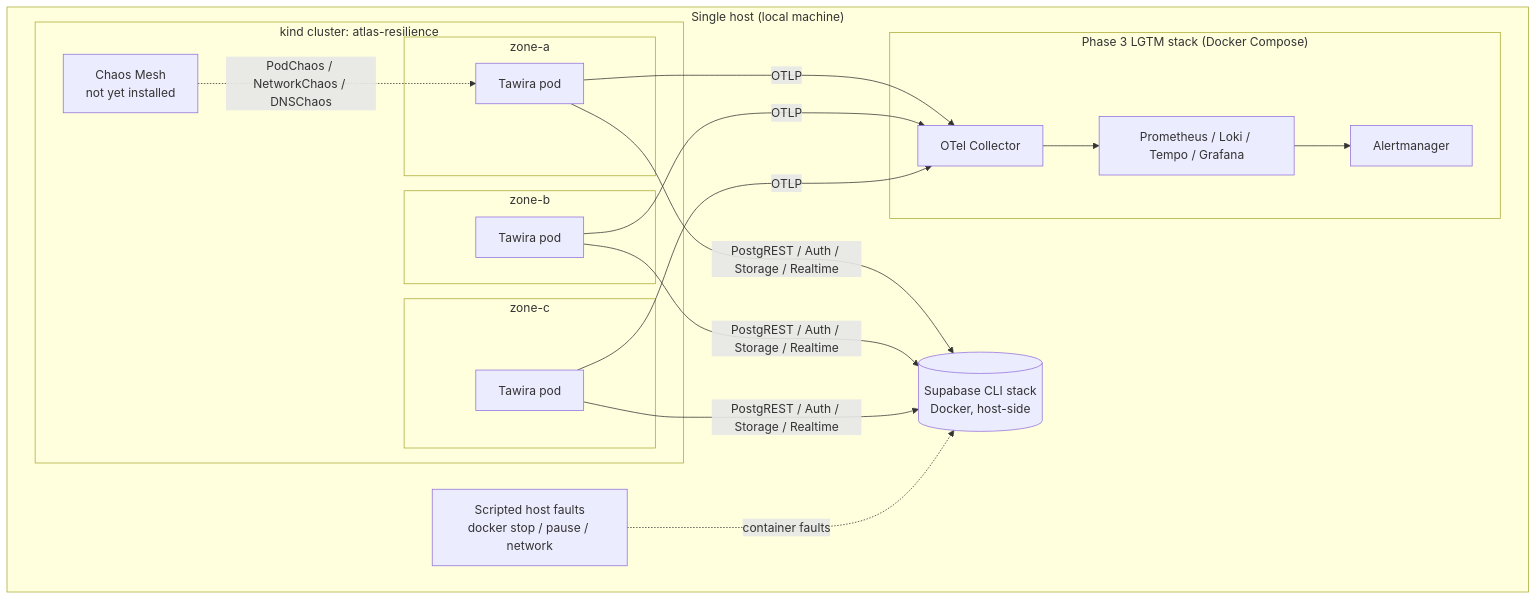
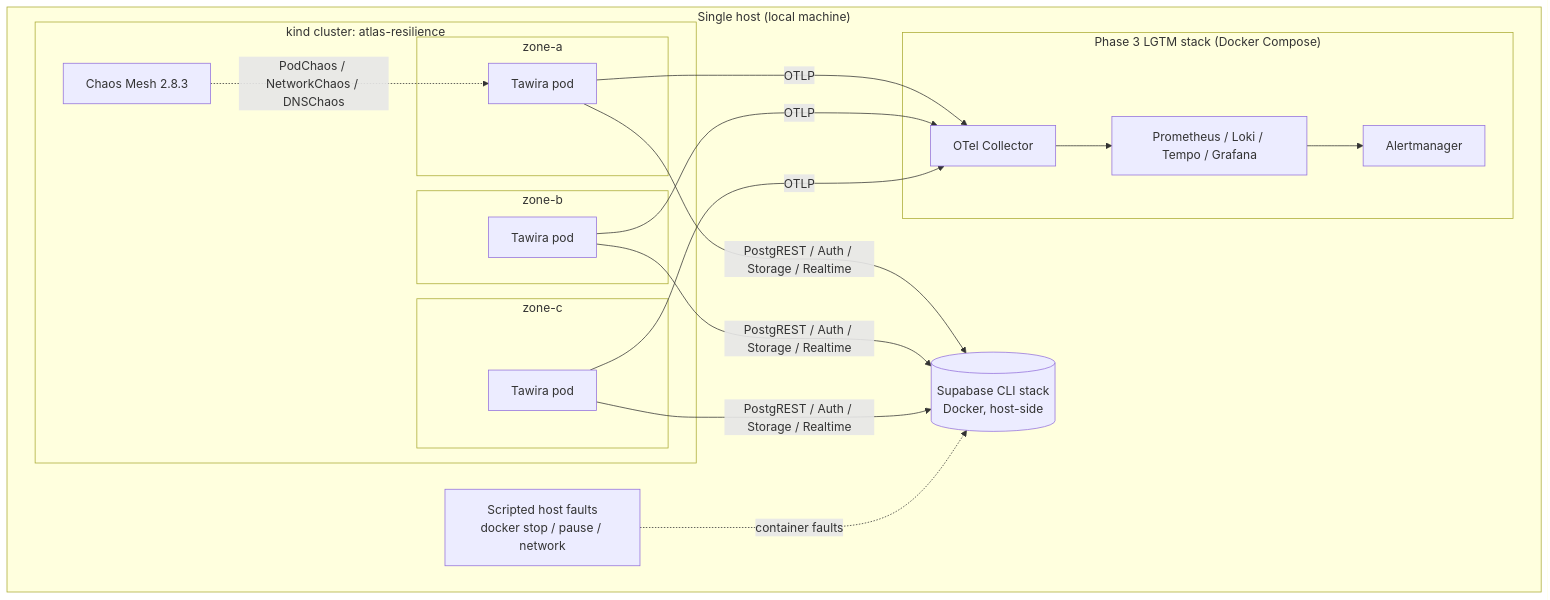
One commit to spacecode-art/atlas-resilience changed the diagram in README.md. Above: the diagram before and after it, drawn with Mermaid. The commit also changed other lines of this file and 297 other files, not shown here.

````diff
--- a/README.md
+++ b/README.md
@@ -81,37 +91,37 @@
 ```mermaid
 graph TB
     subgraph "Single host (local machine)"
         subgraph "kind cluster: atlas-resilience"
             subgraph "zone-a"
                 P1[Tawira pod]
             end
             subgraph "zone-b"
                 P2[Tawira pod]
             end
             subgraph "zone-c"
                 P3[Tawira pod]
             end
-            CM[Chaos Mesh<br/>not yet installed]
+            CM[Chaos Mesh 2.8.3]
         end
 
         SB[(Supabase CLI stack<br/>Docker, host-side)]
         SCRIPTS[Scripted host faults<br/>docker stop / pause / network]
 
         subgraph "Phase 3 LGTM stack (Docker Compose)"
             COL[OTel Collector]
             GRAF[Prometheus / Loki / Tempo / Grafana]
             AM[Alertmanager]
             COL --> GRAF
             GRAF --> AM
         end
     end
 
     P1 -->|PostgREST / Auth / Storage / Realtime| SB
     P2 -->|PostgREST / Auth / Storage / Realtime| SB
     P3 -->|PostgREST / Auth / Storage / Realtime| SB
     P1 -->|OTLP| COL
     P2 -->|OTLP| COL
     P3 -->|OTLP| COL
     CM -.->|PodChaos / NetworkChaos / DNSChaos| P1
     SCRIPTS -.->|container faults| SB
 ```
````
